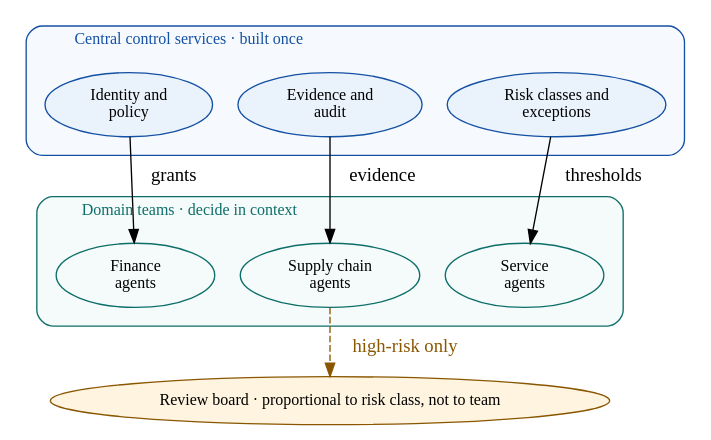
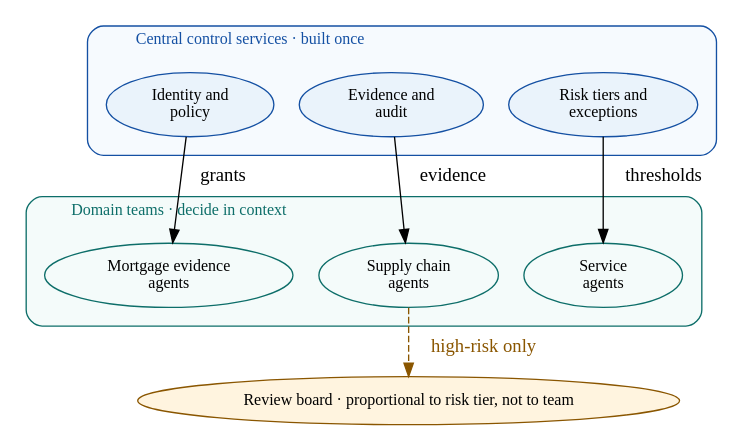
Before and after one commit to rrahimi-uci/building-enterprise-general-intelligence: the diagram in assets/diagrams/src/governance-model.gv, drawn with Graphviz. The commit also changed 41 other files, not shown here.

```diff
--- a/assets/diagrams/src/governance-model.gv
+++ b/assets/diagrams/src/governance-model.gv
@@ -1,29 +1,29 @@
 // Figure 26-1 — Federated governance with centralized control services.
 // Message: decisions stay close to the domain; the evidence, policy and identity
 // they depend on are shared, so governance accelerates rather than gates.
 digraph governance_model {
   rankdir = TB
   graph [ranksep=0.42, nodesep=0.26]
   node [width=1.65, fontsize=12]
 
   subgraph cluster_central {
     label="  Central control services · built once  "; labeljust="l"; fontsize=12; fontcolor="#1450A3"
     color="#1450A3"; style="rounded"; margin=14; bgcolor="#F6FAFE"
     c1 [label="Identity and\npolicy", fillcolor="#EAF3FB", color="#1450A3", style=filled]
     c2 [label="Evidence and\naudit", fillcolor="#EAF3FB", color="#1450A3", style=filled]
-    c3 [label="Risk classes and\nexceptions", fillcolor="#EAF3FB", color="#1450A3", style=filled]
+    c3 [label="Risk tiers and\nexceptions", fillcolor="#EAF3FB", color="#1450A3", style=filled]
   }
   subgraph cluster_domains {
     label="  Domain teams · decide in context  "; labeljust="l"; fontsize=12; fontcolor="#0D6E69"
     color="#0D6E69"; style="rounded"; margin=14; bgcolor="#F4FBFA"
-    d1 [label="Finance\nagents", fillcolor="#E7F5F3", color="#0D6E69"]
+    d1 [label="Mortgage evidence\nagents", fillcolor="#E7F5F3", color="#0D6E69"]
     d2 [label="Supply chain\nagents", fillcolor="#E7F5F3", color="#0D6E69"]
     d3 [label="Service\nagents", fillcolor="#E7F5F3", color="#0D6E69"]
   }
-  board [label="Review board · proportional to risk class, not to team", fillcolor="#FFF4DF", color="#8A5600", style=filled, width=4.4]
+  board [label="Review board · proportional to risk tier, not to team", fillcolor="#FFF4DF", color="#8A5600", style=filled, width=4.4]
 
   c1 -> d1 [label="  grants  "]
   c2 -> d2 [label="  evidence  "]
   c3 -> d3 [label="  thresholds  "]
   d2 -> board [label="  high-risk only  ", color="#8A5600", fontcolor="#8A5600", style=dashed]
 }
```
